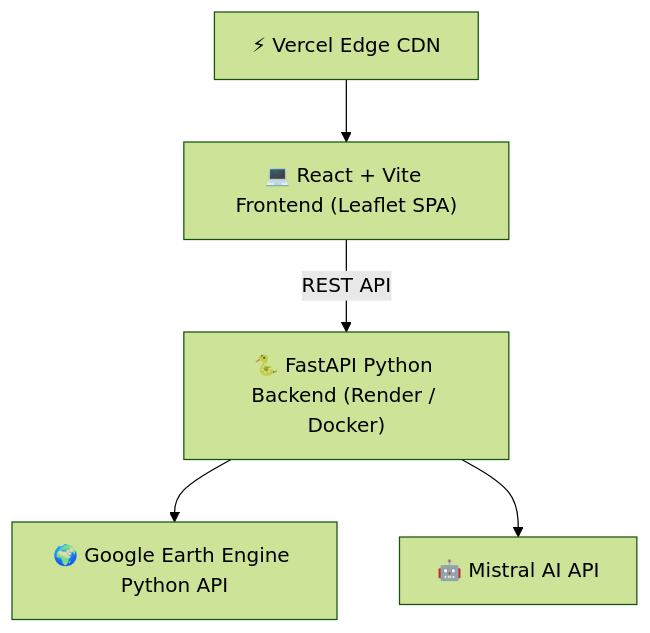
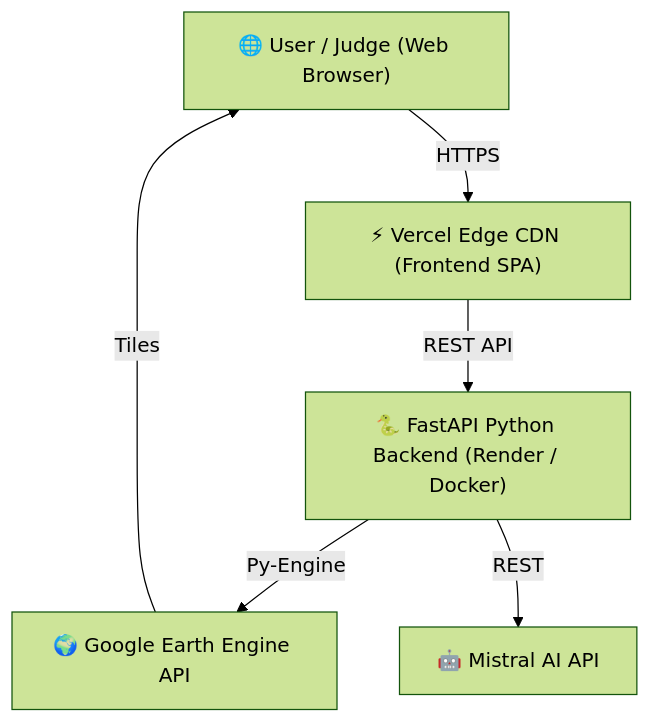
One commit to Priyanshu20240/Orbit_fusion- changed the second of 2 diagrams in README.md. Above: the diagram before and after it, drawn with Mermaid (forest theme). The commit also changed other lines of this file and 3 other files, not shown here.

Commit message:
docs: update comprehensive judge-focused README.md and sanitize GEE credentials

````diff
--- a/README.md
+++ b/README.md
@@ -58,8 +99,8 @@
 ```mermaid
 graph TD
-    Client["💻 React + Vite Frontend (Leaflet SPA)"]
-    Vercel["⚡ Vercel Edge CDN"] --> Client
-    Client -->|REST API| FastAPI["🐍 FastAPI Python Backend (Render / Docker)"]
-    FastAPI --> GEE["🌍 Google Earth Engine Python API"]
-    FastAPI --> Mistral["🤖 Mistral AI API"]
+    User["🌐 User / Judge (Web Browser)"] -->|HTTPS| Vercel["⚡ Vercel Edge CDN (Frontend SPA)"]
+    Vercel -->|REST API| FastAPI["🐍 FastAPI Python Backend (Render / Docker)"]
+    FastAPI -->|Py-Engine| GEE["🌍 Google Earth Engine API"]
+    FastAPI -->|REST| Mistral["🤖 Mistral AI API"]
+    GEE -->|Tiles| User
 ```
````
